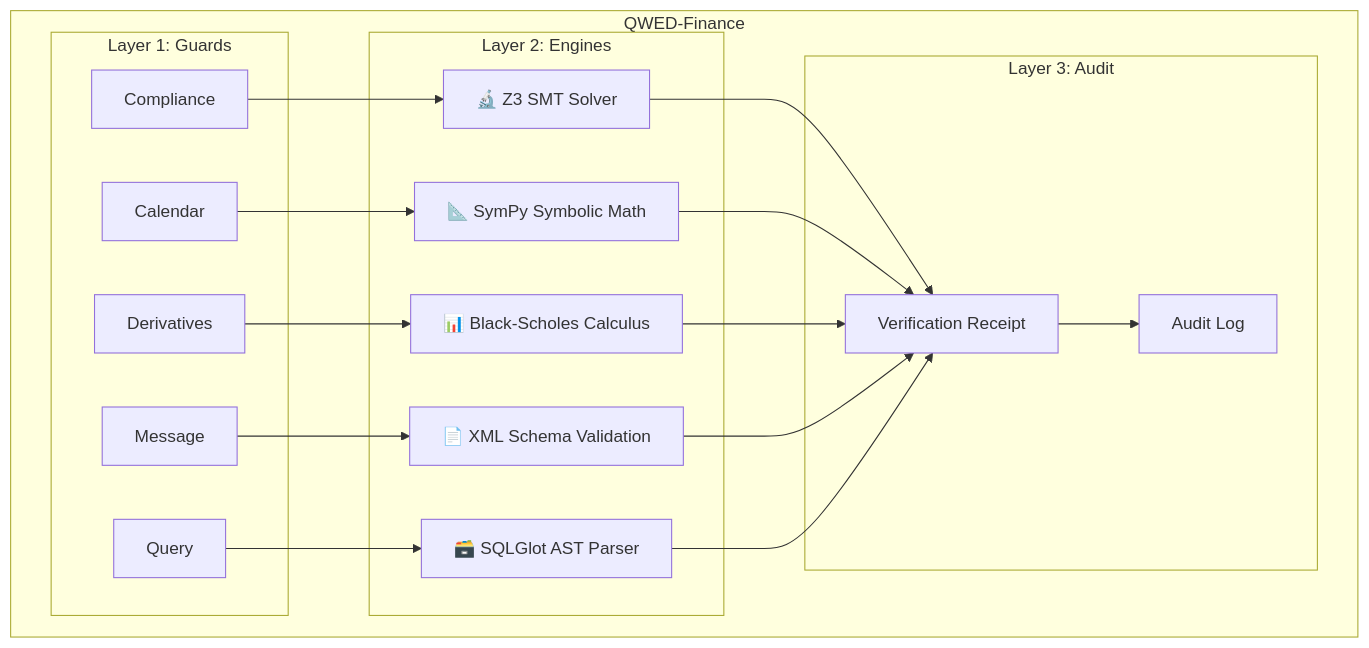
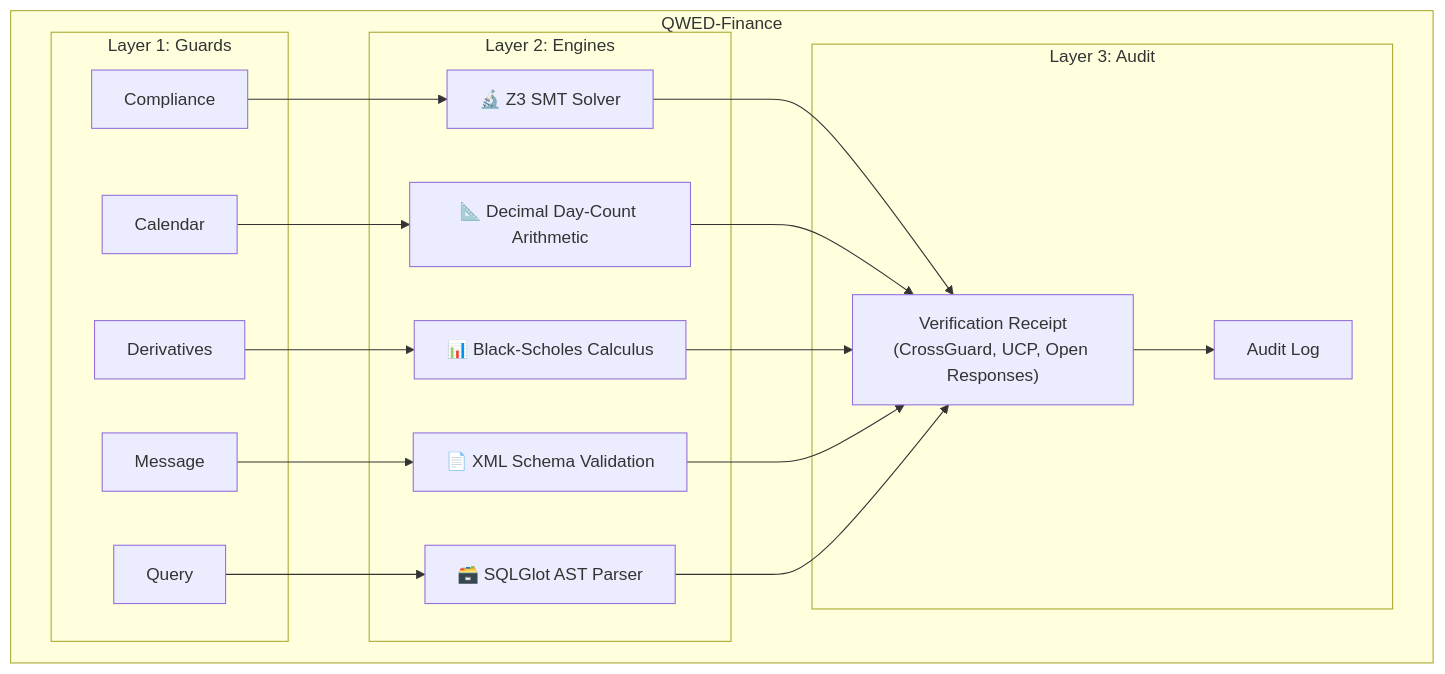
The third of 4 diagrams in finance/overview.mdx (QWED-AI/docs), drawn with Mermaid before and after one commit. The commit also changed other lines of this file and 7 other files, not shown here.

````diff
--- a/finance/overview.mdx
+++ b/finance/overview.mdx
@@ -120,38 +120,38 @@
 ```mermaid
 graph TB
     subgraph "QWED-Finance"
         subgraph "Layer 1: Guards"
             G1["Compliance"] 
             G2["Calendar"]
             G3["Derivatives"]
             G4["Message"]
             G5["Query"]
         end
         
         subgraph "Layer 2: Engines"
             E1["🔬 Z3 SMT Solver"]
-            E2["📐 SymPy Symbolic Math"]
+            E2["📐 Decimal Day-Count Arithmetic"]
             E3["📊 Black-Scholes Calculus"]
             E4["📄 XML Schema Validation"]
             E5["🗃️ SQLGlot AST Parser"]
         end
         
         subgraph "Layer 3: Audit"
-            A1["Verification Receipt"]
+            A1["Verification Receipt<br/>(CrossGuard, UCP, Open Responses)"]
             A2["Audit Log"]
         end
     end
     
     G1 --> E1
     G2 --> E2
     G3 --> E3
     G4 --> E4
     G5 --> E5
     
     E1 --> A1
     E2 --> A1
     E3 --> A1
     E4 --> A1
     E5 --> A1
     A1 --> A2
 ```
````
